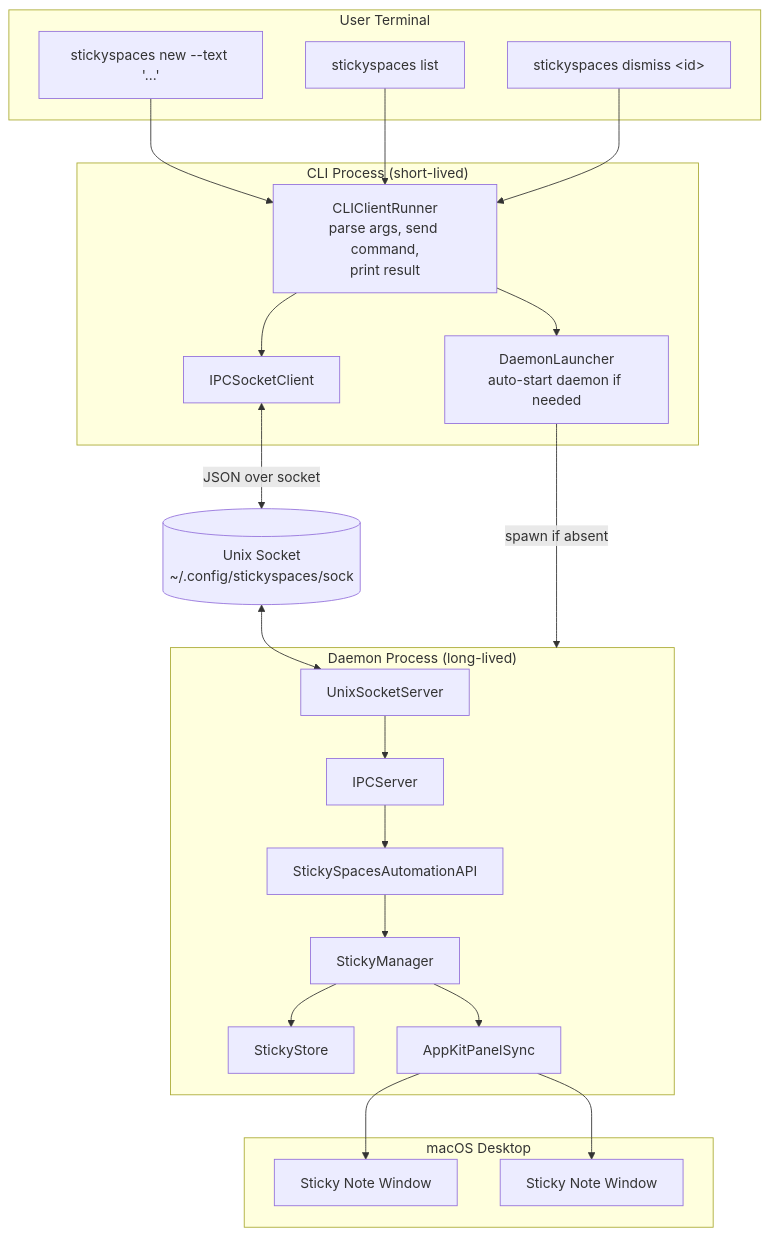
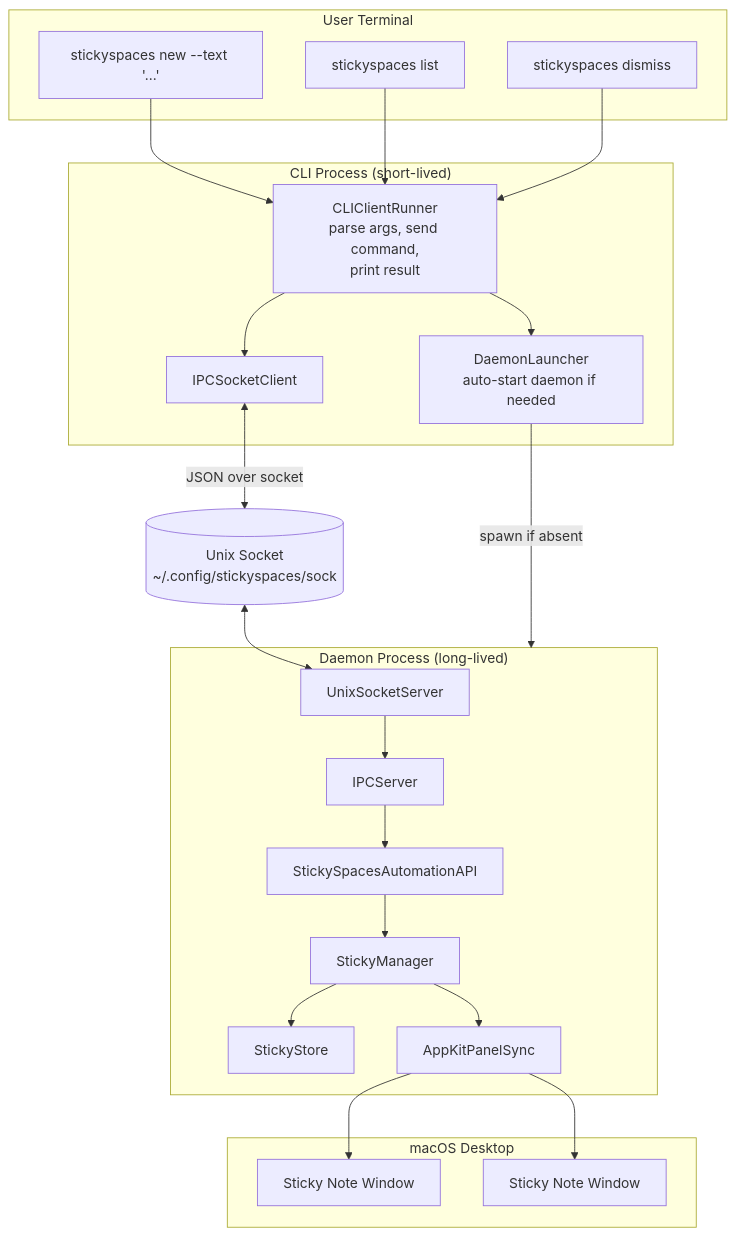
Before and after one commit to tntmarket/stickyspaces: the first of 2 diagrams in docs/cli-interface-tech-spec.md, drawn with Mermaid. The commit also changed other lines of this file, not shown here.

````diff
--- a/docs/cli-interface-tech-spec.md
+++ b/docs/cli-interface-tech-spec.md
@@ -65,41 +54,41 @@
 ```mermaid
 flowchart TB
     subgraph userTerminal ["User Terminal"]
         cmd1["stickyspaces new --text '...'"]
         cmd2["stickyspaces list"]
-        cmd3["stickyspaces dismiss &lt;id&gt;"]
+        cmd3["stickyspaces dismiss <id>"]
     end
 
     subgraph cliProcess ["CLI Process (short-lived)"]
         clientRunner["CLIClientRunner\nparse args, send command,\nprint result"]
         launcher["DaemonLauncher\nauto-start daemon if needed"]
         client["IPCSocketClient"]
     end
 
     subgraph daemonProcess ["Daemon Process (long-lived)"]
         socketServer["UnixSocketServer"]
         ipcServer["IPCServer"]
         automationAPI["StickySpacesAutomationAPI"]
         manager["StickyManager"]
         store["StickyStore"]
         panelSync["AppKitPanelSync"]
     end
 
     subgraph macosUI ["macOS Desktop"]
         panel1["Sticky Note Window"]
         panel2["Sticky Note Window"]
     end
 
     socket[("Unix Socket\n~/.config/stickyspaces/sock")]
 
     cmd1 & cmd2 & cmd3 --> clientRunner
     clientRunner --> launcher
     launcher -- "spawn if absent" --> daemonProcess
     clientRunner --> client
     client <-- "JSON over socket" --> socket
     socket <--> socketServer
     socketServer --> ipcServer --> automationAPI --> manager
     manager --> store
     manager --> panelSync
     panelSync --> panel1 & panel2
 ```
````
